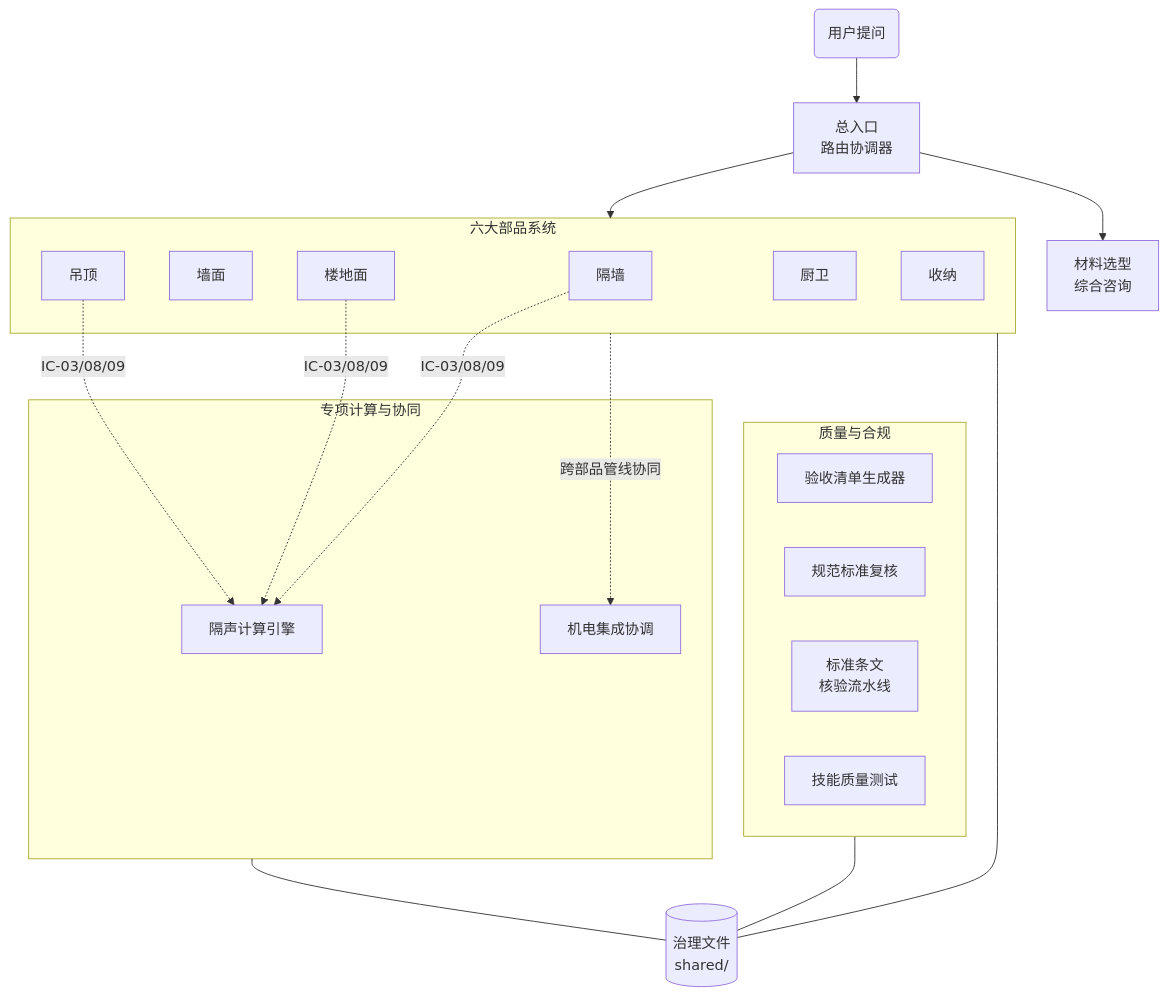
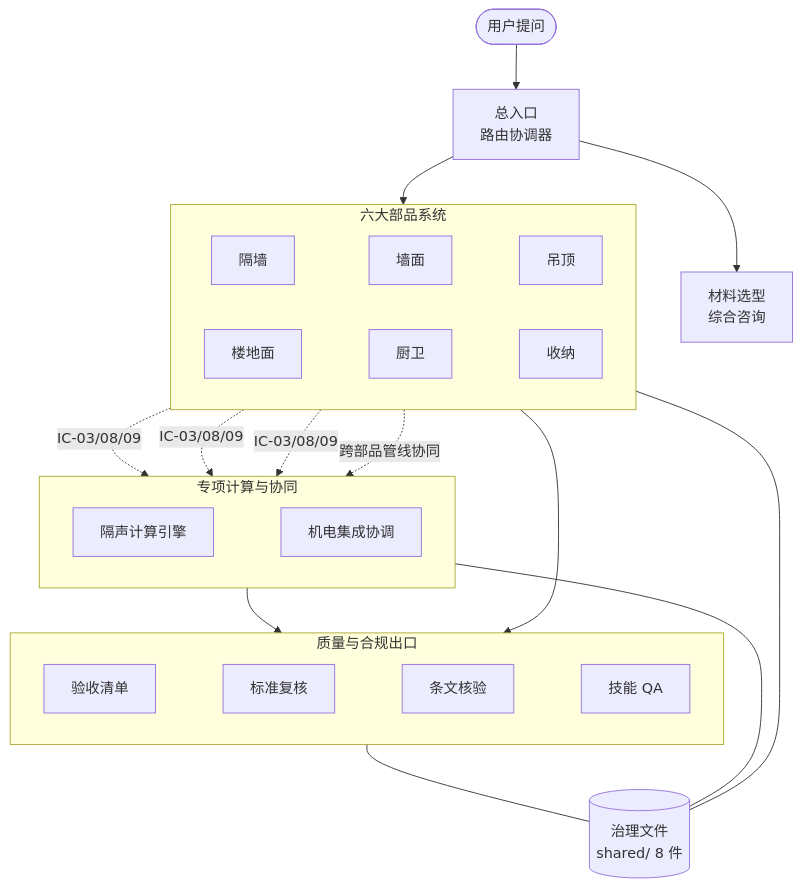
Before and after one commit to eiway112/prefab-interior-agent: the first of 6 diagrams in README.md, drawn with Mermaid. The commit also changed other lines of this file and 1 other file, not shown here.

````diff
--- a/README.md
+++ b/README.md
@@ -47,32 +51,33 @@
 ```mermaid
 flowchart TD
-    U(用户提问) --> OR[总入口<br/>路由协调器]
+    U([用户提问]) --> OR[总入口<br/>路由协调器]
     OR --> EXP[材料选型<br/>综合咨询]
+
     subgraph PARTS [六大部品系统]
-        PW[隔墙]
-        WS[墙面]
-        CL[吊顶]
-        FL[楼地面]
-        BK[厨卫]
-        ST[收纳]
+        direction LR
+        PW[隔墙] ~~~ WS[墙面] ~~~ CL[吊顶]
+        FL[楼地面] ~~~ BK[厨卫] ~~~ ST[收纳]
     end
     OR --> PARTS
+
     subgraph CALC [专项计算与协同]
-        ACE[隔声计算引擎]
-        MEP[机电集成协调]
+        direction LR
+        ACE[隔声计算引擎] ~~~ MEP[机电集成协调]
     end
     PW -. "IC-03/08/09" .-> ACE
     FL -. "IC-03/08/09" .-> ACE
     CL -. "IC-03/08/09" .-> ACE
     PARTS -. "跨部品管线协同" .-> MEP
-    subgraph QA [质量与合规]
-        AC[验收清单生成器]
-        SR[规范标准复核]
-        SV[标准条文<br/>核验流水线]
-        QT[技能质量测试]
+
+    subgraph QA [质量与合规出口]
+        direction LR
+        AC[验收清单] ~~~ SR[标准复核] ~~~ SV[条文核验] ~~~ QT[技能 QA]
     end
-    GOV[(治理文件<br/>shared/)]
+    PARTS --> QA
+    CALC --> QA
+
+    GOV[(治理文件<br/>shared/ 8 件)]
     PARTS --- GOV
+    CALC --- GOV
     QA --- GOV
-    CALC --- GOV
 ```
````
